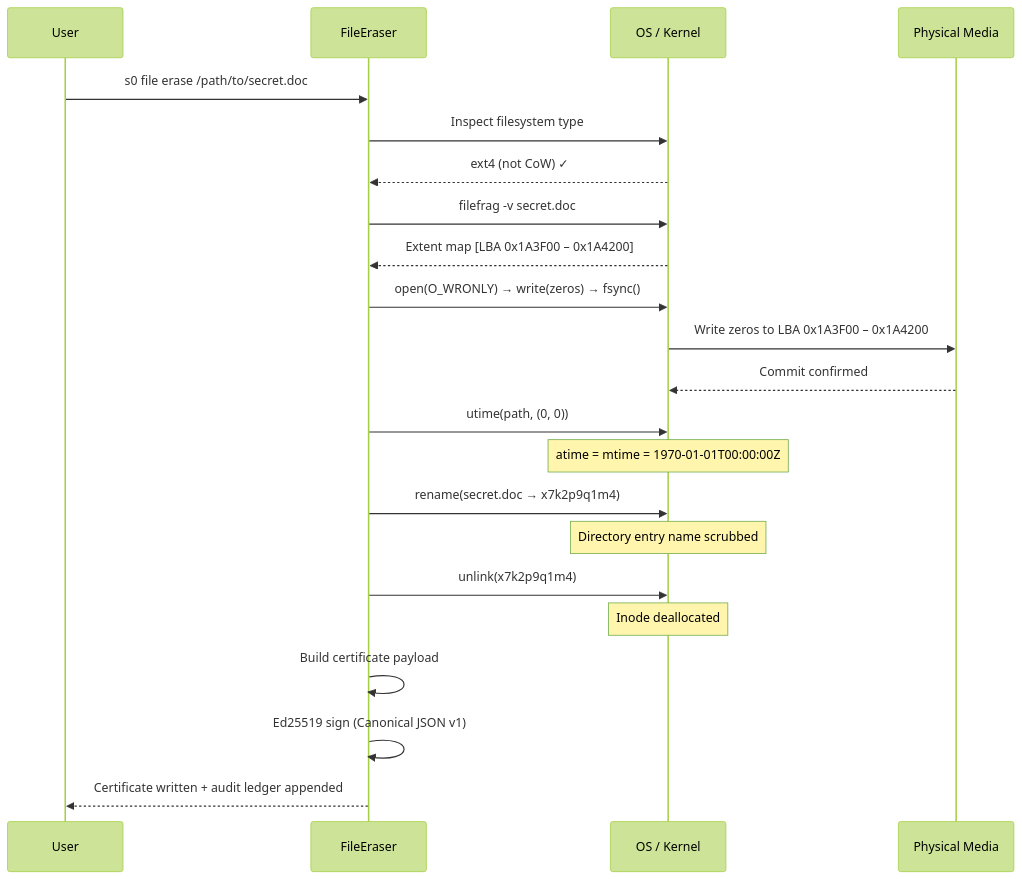
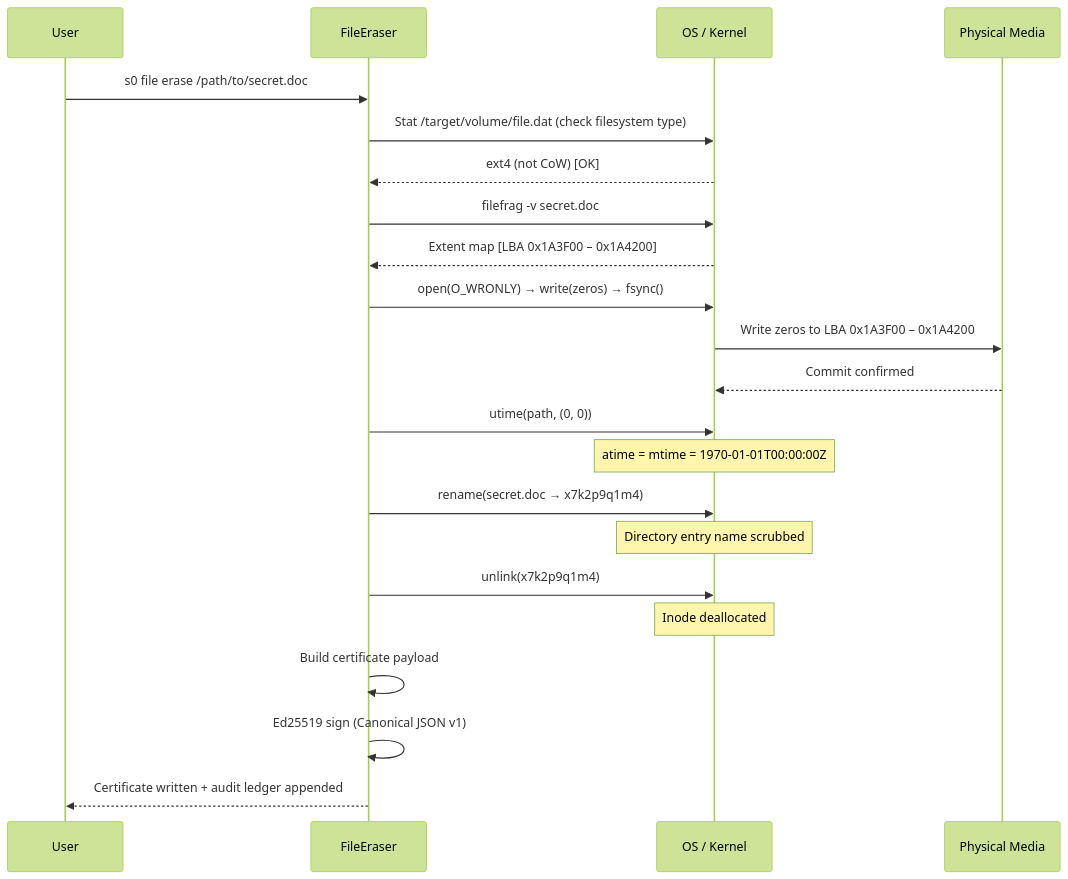
The third of 6 diagrams in docs/ARCHITECTURE.md (kartik2005221/s0), drawn with Mermaid (forest theme) before and after one commit. The commit also changed other lines of this file and 11 other files, not shown here.

````diff
--- a/docs/ARCHITECTURE.md
+++ b/docs/ARCHITECTURE.md
@@ -250,32 +250,32 @@
 ```mermaid
 sequenceDiagram
     participant User
     participant FileEraser
     participant OS as OS / Kernel
     participant Disk as Physical Media
 
     User->>FileEraser: s0 file erase /path/to/secret.doc
 
-    FileEraser->>OS: Inspect filesystem type
-    OS-->>FileEraser: ext4 (not CoW) ✓
+    FileEraser->>OS: Stat /target/volume/file.dat (check filesystem type)
+    OS-->>FileEraser: ext4 (not CoW) [OK]
 
     FileEraser->>OS: filefrag -v secret.doc
     OS-->>FileEraser: Extent map [LBA 0x1A3F00 – 0x1A4200]
 
     FileEraser->>OS: open(O_WRONLY) → write(zeros) → fsync()
     OS->>Disk: Write zeros to LBA 0x1A3F00 – 0x1A4200
     Disk-->>OS: Commit confirmed
 
     FileEraser->>OS: utime(path, (0, 0))
     Note over OS: atime = mtime = 1970-01-01T00:00:00Z
 
     FileEraser->>OS: rename(secret.doc → x7k2p9q1m4)
     Note over OS: Directory entry name scrubbed
 
     FileEraser->>OS: unlink(x7k2p9q1m4)
     Note over OS: Inode deallocated
 
     FileEraser->>FileEraser: Build certificate payload
     FileEraser->>FileEraser: Ed25519 sign (Canonical JSON v1)
     FileEraser-->>User: Certificate written + audit ledger appended
 ```
````
